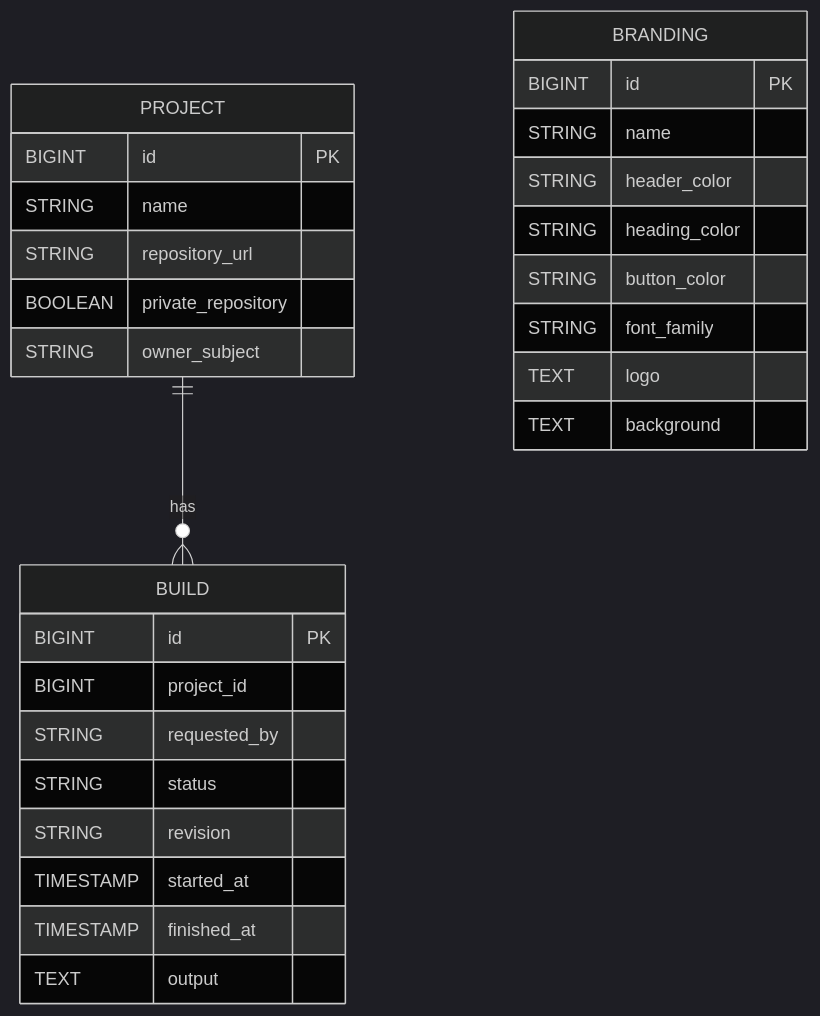
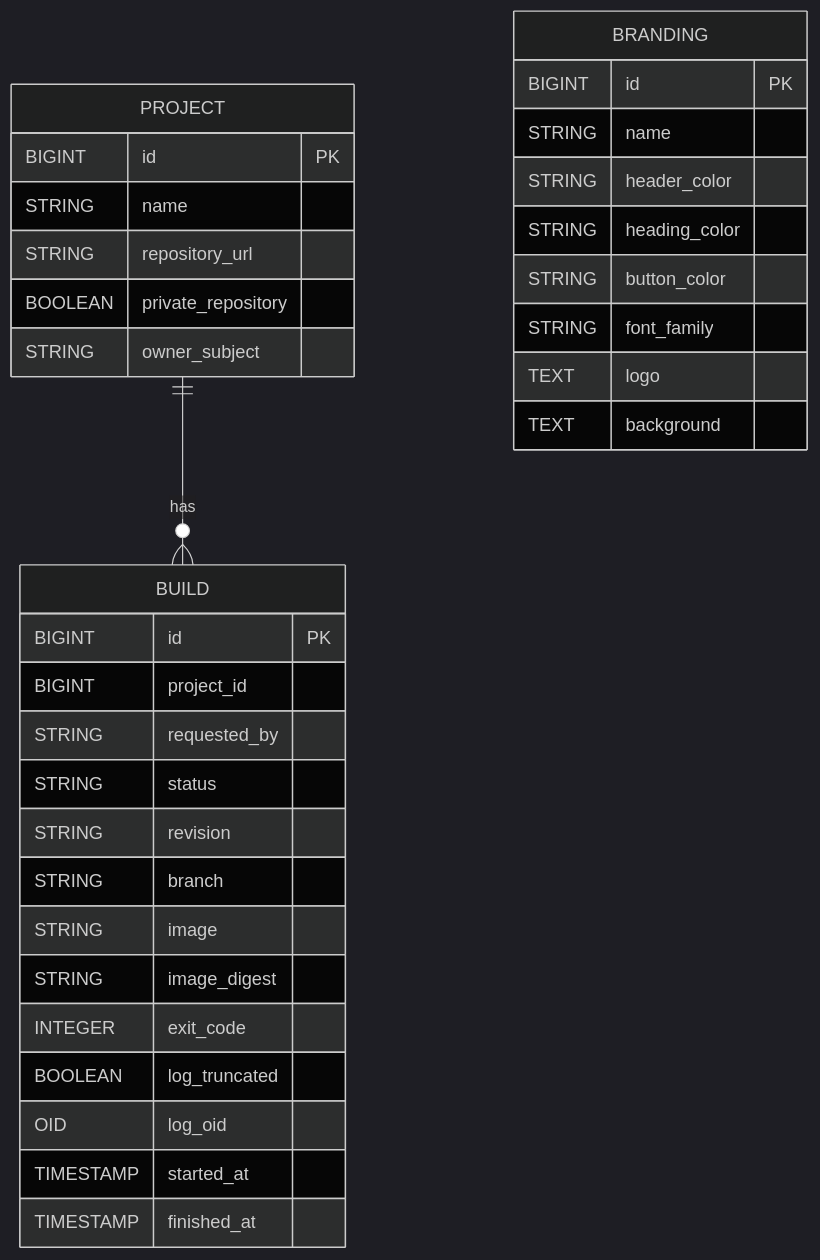
Before and after one commit to Mohamed-Alkafory/cisys: the diagram in docs/entity-diagram.md, drawn with Mermaid (dark theme). The commit also changed other lines of this file and 20 other files, not shown here.

````diff
--- a/docs/entity-diagram.md
+++ b/docs/entity-diagram.md
@@ -5,34 +5,39 @@
 ```mermaid
 erDiagram
     PROJECT {
         BIGINT id PK
         STRING name
         STRING repository_url
         BOOLEAN private_repository
         STRING owner_subject
     }
 
     BUILD {
         BIGINT id PK
         BIGINT project_id
         STRING requested_by
         STRING status
         STRING revision
+        STRING branch
+        STRING image
+        STRING image_digest
+        INTEGER exit_code
+        BOOLEAN log_truncated
+        OID log_oid
         TIMESTAMP started_at
         TIMESTAMP finished_at
-        TEXT output
     }
 
     BRANDING {
         BIGINT id PK
         STRING name
         STRING header_color
         STRING heading_color
         STRING button_color
         STRING font_family
         TEXT logo
         TEXT background
     }
 
     PROJECT ||--o{ BUILD : has
 ```
````
